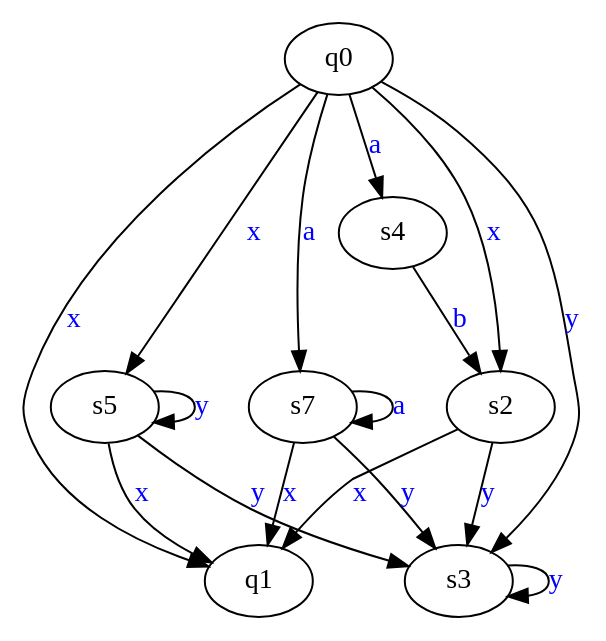
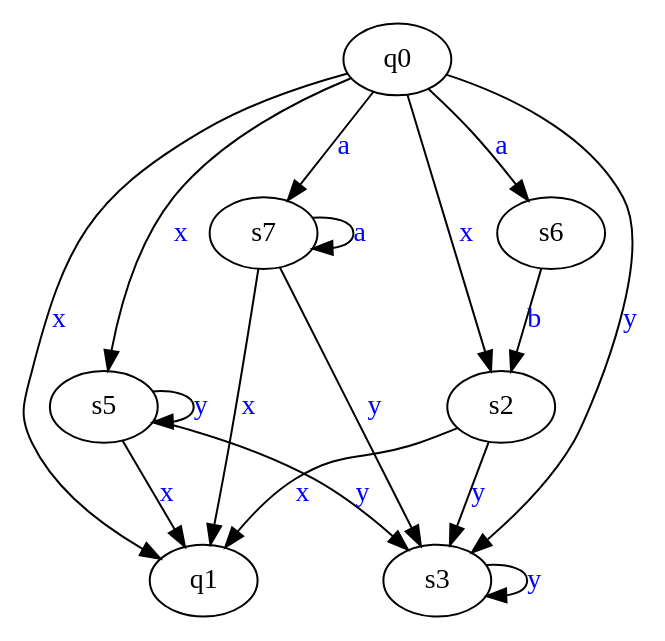
The diagram in assets/v4.dot (SmartPhoneJava/compiler-design), drawn with Graphviz before and after one commit. The commit also changed 17 other files, not shown here.

```diff
--- a/assets/v4.dot
+++ b/assets/v4.dot
@@ -1,26 +1,26 @@
 digraph G {
+	s7->q1[ label=<<font color="blue">x</font>> ];
+	s5->s3[ label=<<font color="blue">y</font>> ];
+	s5->s5[ label=<<font color="blue">y</font>> ];
+	s6->s2[ label=<<font color="blue">b</font>> ];
+	q0->s3[ label=<<font color="blue">y</font>> ];
 	s2->q1[ label=<<font color="blue">x</font>> ];
-	s5->s5[ label=<<font color="blue">y</font>> ];
+	s2->s3[ label=<<font color="blue">y</font>> ];
 	s5->q1[ label=<<font color="blue">x</font>> ];
-	s5->s3[ label=<<font color="blue">y</font>> ];
-	s7->q1[ label=<<font color="blue">x</font>> ];
 	q0->s7[ label=<<font color="blue">a</font>> ];
+	s3->s3[ label=<<font color="blue">y</font>> ];
+	q0->s5[ label=<<font color="blue">x</font>> ];
+	s7->s3[ label=<<font color="blue">y</font>> ];
 	s7->s7[ label=<<font color="blue">a</font>> ];
-	q0->s3[ label=<<font color="blue">y</font>> ];
-	q0->s5[ label=<<font color="blue">x</font>> ];
+	q0->s6[ label=<<font color="blue">a</font>> ];
+	q0->s2[ label=<<font color="blue">x</font>> ];
 	q0->q1[ label=<<font color="blue">x</font>> ];
-	s3->s3[ label=<<font color="blue">y</font>> ];
-	s2->s3[ label=<<font color="blue">y</font>> ];
-	s4->s2[ label=<<font color="blue">b</font>> ];
-	s7->s3[ label=<<font color="blue">y</font>> ];
-	q0->s4[ label=<<font color="blue">a</font>> ];
-	q0->s2[ label=<<font color="blue">x</font>> ];
 	q0;
 	q1;
 	s2;
 	s3;
-	s4;
 	s5;
+	s6;
 	s7;
 
 }
```
